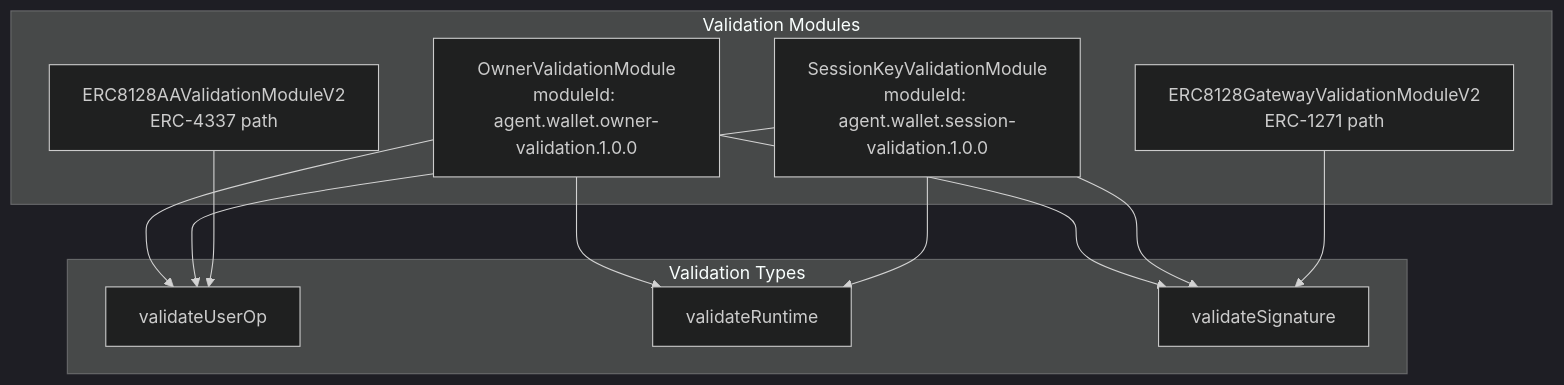
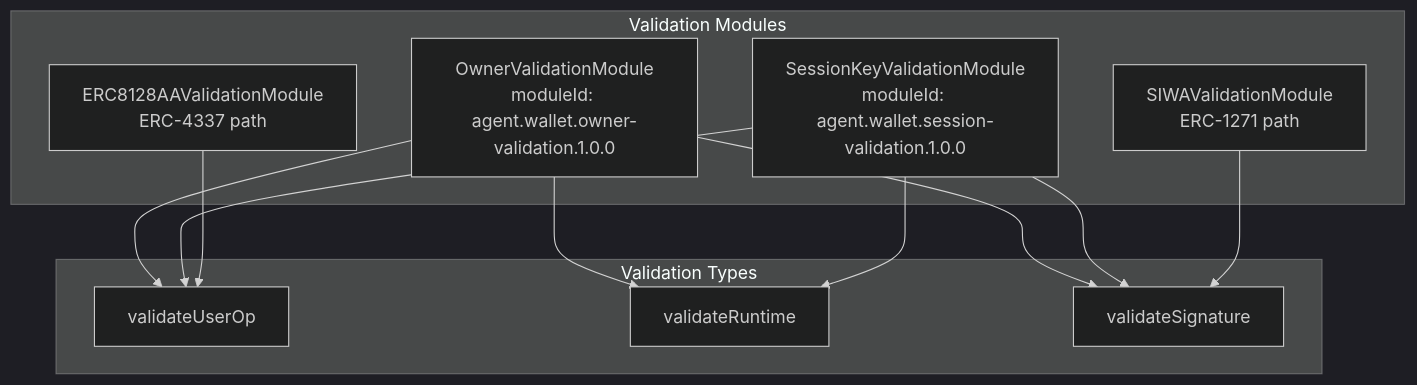
Diagram 17 of 26 in docs/ERC6900-Modular-Account-Integration-Design.md (EqualFiLabs/agent-wallet-core), drawn with Mermaid (dark theme) before and after one commit. The commit also changed other lines of this file and 16 other files, not shown here.

````diff
--- a/docs/ERC6900-Modular-Account-Integration-Design.md
+++ b/docs/ERC6900-Modular-Account-Integration-Design.md
@@ -711,24 +711,24 @@
 ```mermaid
 graph TB
     subgraph "Validation Modules"
         Owner["OwnerValidationModule<br/>moduleId: agent.wallet.owner-validation.1.0.0"]
         Session["SessionKeyValidationModule<br/>moduleId: agent.wallet.session-validation.1.0.0"]
-        Gateway["ERC8128GatewayValidationModuleV2<br/>ERC-1271 path"]
-        AA["ERC8128AAValidationModuleV2<br/>ERC-4337 path"]
+        Gateway["SIWAValidationModule<br/>ERC-1271 path"]
+        AA["ERC8128AAValidationModule<br/>ERC-4337 path"]
     end
 
     subgraph "Validation Types"
         UO["validateUserOp"]
         RT["validateRuntime"]
         SIG["validateSignature"]
     end
 
     Owner --> UO
     Owner --> RT
     Owner --> SIG
     Session --> UO
     Session --> RT
     Session --> SIG
     Gateway --> SIG
     AA --> UO
 ```
````
